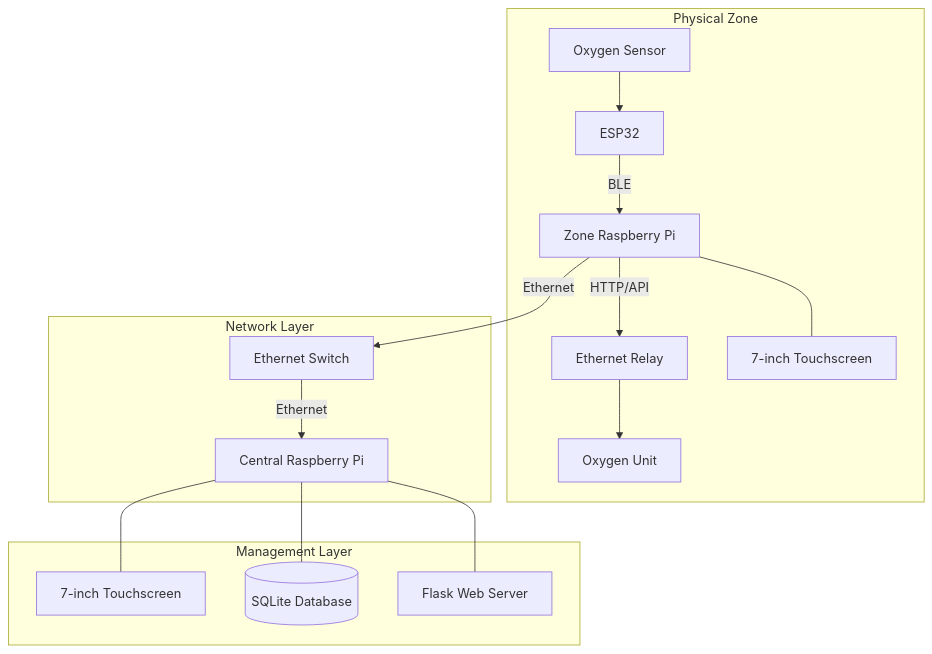
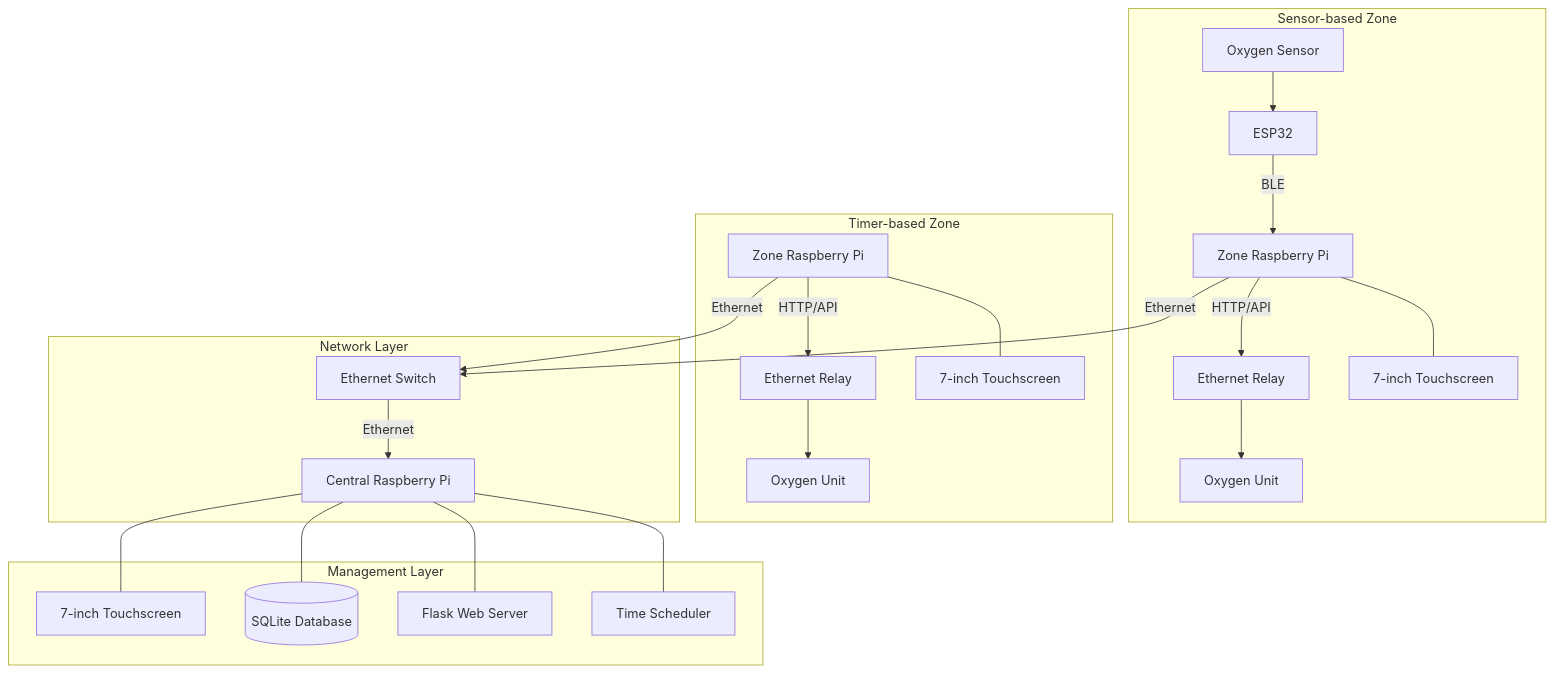
The third of 8 diagrams in docs/design_plan.md (adityatripathi05/Oxygen-Enrichment-System), drawn with Mermaid before and after one commit. The commit also changed other lines of this file, not shown here.

````diff
--- a/docs/design_plan.md
+++ b/docs/design_plan.md
@@ -110,21 +130,29 @@
 ```mermaid
 graph TD
-    subgraph "Physical Zone"
+    subgraph "Sensor-based Zone"
         OxySensor[Oxygen Sensor] --> ESP32
-        ESP32 -->|BLE| ZoneRPi[Zone Raspberry Pi]
-        ZoneRPi -->|HTTP/API| EthRelay[Ethernet Relay]
-        EthRelay --> OxyUnit[Oxygen Unit]
-        ZoneRPi --- Display[7-inch Touchscreen]
+        ESP32 -->|BLE| ZoneRPi1[Zone Raspberry Pi]
+        ZoneRPi1 -->|HTTP/API| EthRelay1[Ethernet Relay]
+        EthRelay1 --> OxyUnit1[Oxygen Unit]
+        ZoneRPi1 --- Display1[7-inch Touchscreen]
+    end
+    
+    subgraph "Timer-based Zone"
+        ZoneRPi2[Zone Raspberry Pi] -->|HTTP/API| EthRelay2[Ethernet Relay]
+        EthRelay2 --> OxyUnit2[Oxygen Unit]
+        ZoneRPi2 --- Display2[7-inch Touchscreen]
     end
 
     subgraph "Network Layer"
-        ZoneRPi -->|Ethernet| Switch[Ethernet Switch]
+        ZoneRPi1 -->|Ethernet| Switch[Ethernet Switch]
+        ZoneRPi2 -->|Ethernet| Switch
         Switch -->|Ethernet| CentralRPi[Central Raspberry Pi]
     end
 
     subgraph "Management Layer"
         CentralRPi --- CDisplay[7-inch Touchscreen]
         CentralRPi --- SQLite[(SQLite Database)]
         CentralRPi --- WebServer[Flask Web Server]
+        CentralRPi --- Scheduler[Time Scheduler]
     end
 ```
````
